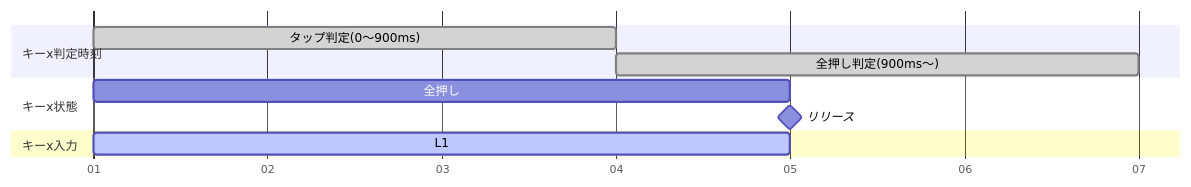
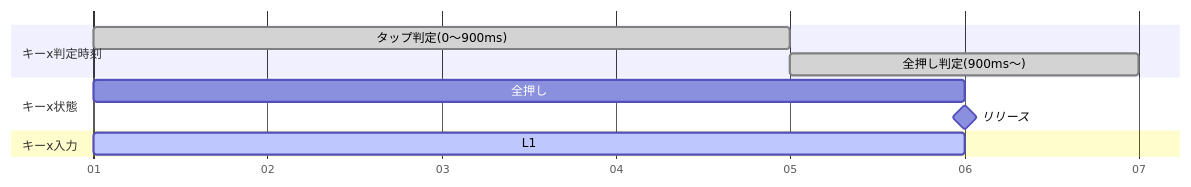
One commit to zbn10/MOKA changed the sixth of 7 diagrams in README.md. Above: the diagram before and after it, drawn with Mermaid. The commit also changed other lines of this file, not shown here.

````diff
--- a/README.md
+++ b/README.md
@@ -251,14 +255,14 @@
 ```mermaid
 gantt
     dateFormat DD
     axisFormat %d
     tickInterval 1day
     section キーx判定時刻
-        タップ判定(0～900ms) :done, a1, 01, 3d
-        全押し判定(900ms～) :done, a2, after a1, 3d
+        タップ判定(0～900ms) :done, a1, 01, 4d
+        全押し判定(900ms～) :done, a2, after a1, 2d
     section キーx状態
-        全押し        :b1, 01, 4d
+        全押し        :b1, 01, 5d
         リリース       :milestone, b2, after b1, 0d
     section キーx入力
-        L1         :active, c1, 01, 4d
+        L1         :active, c1, 01, 5d
 ```
````
